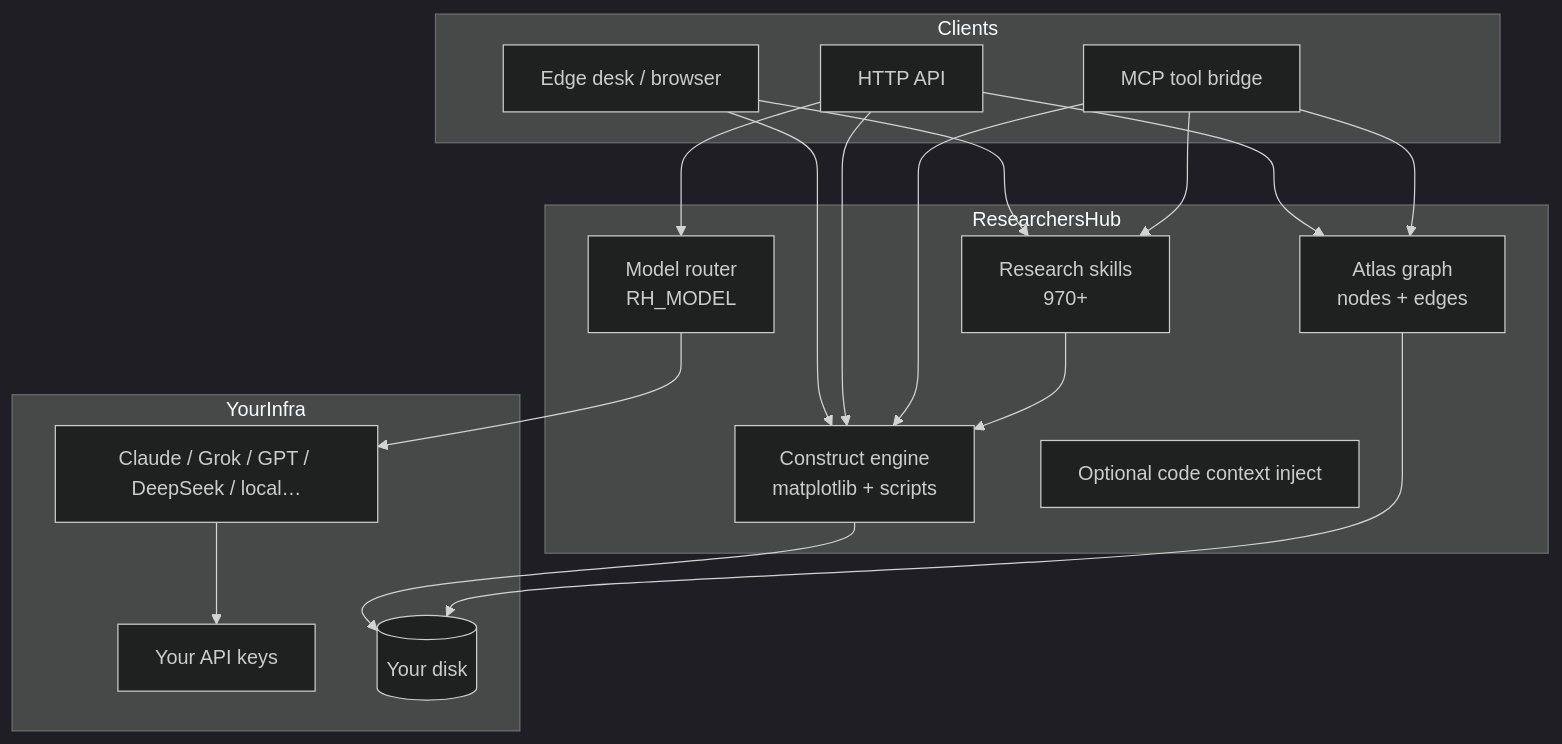
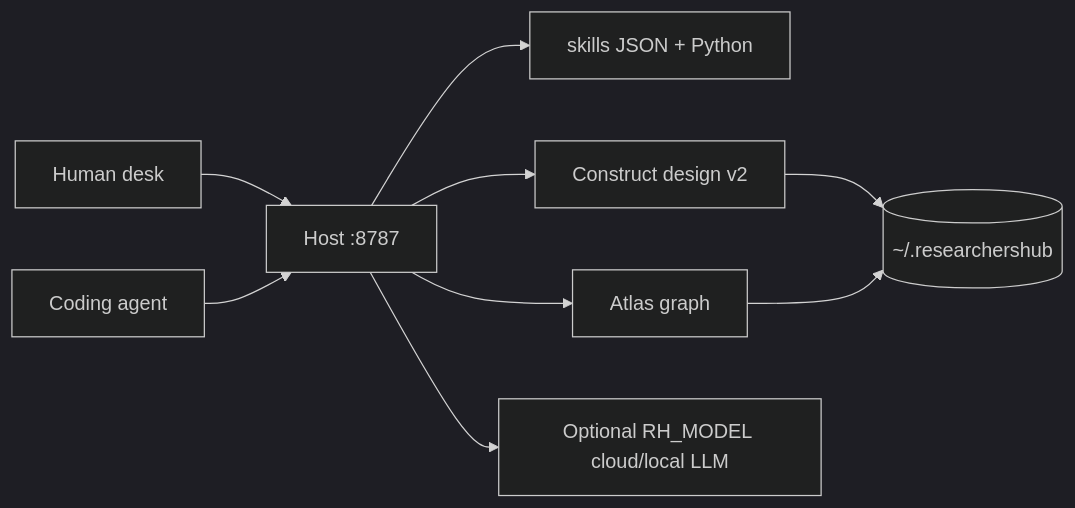
The third of 3 diagrams in README.md (ItsNotAILABS/ResearchersHub), drawn with Mermaid (dark theme) before and after one commit. The commit also changed other lines of this file and 3 other files, not shown here.

````diff
--- a/README.md
+++ b/README.md
@@ -212,33 +204,11 @@
 ```mermaid
-flowchart TB
-  subgraph Clients
-    Desk[Edge desk / browser]
-    API[HTTP API]
-    MCP[MCP tool bridge]
-  end
-  subgraph ResearchersHub
-    Router[Model router<br/>RH_MODEL]
-    Skills[Research skills<br/>970+]
-    Construct[Construct engine<br/>matplotlib + scripts]
-    Atlas[Atlas graph<br/>nodes + edges]
-    Wiki[Optional code context inject]
-  end
-  subgraph YourInfra
-    Keys[Your API keys]
-    Disk[(Your disk)]
-    Models[Claude / Grok / GPT / DeepSeek / local…]
-  end
-  Desk --> Skills
-  Desk --> Construct
-  API --> Router
-  API --> Construct
-  API --> Atlas
-  MCP --> Skills
-  MCP --> Construct
-  MCP --> Atlas
-  Router --> Models
-  Models --> Keys
-  Construct --> Disk
+flowchart LR
+  Human[Human desk] --> Host[Host :8787]
+  Agent[Coding agent] --> Host
+  Host --> Skills[skills JSON + Python]
+  Host --> Construct[Construct design v2]
+  Host --> Atlas[Atlas graph]
+  Construct --> Disk[(~/.researchershub)]
   Atlas --> Disk
-  Skills --> Construct
+  Host --> Models[Optional RH_MODEL cloud/local LLM]
 ```
````
